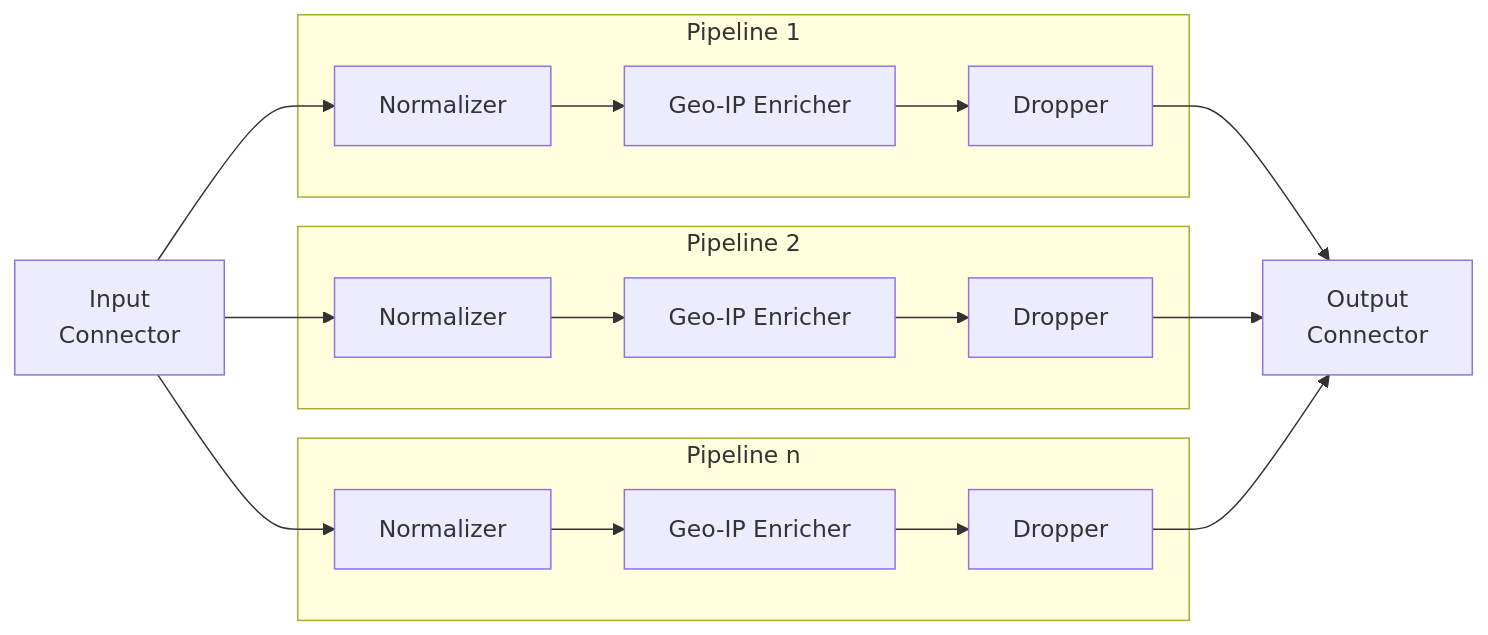
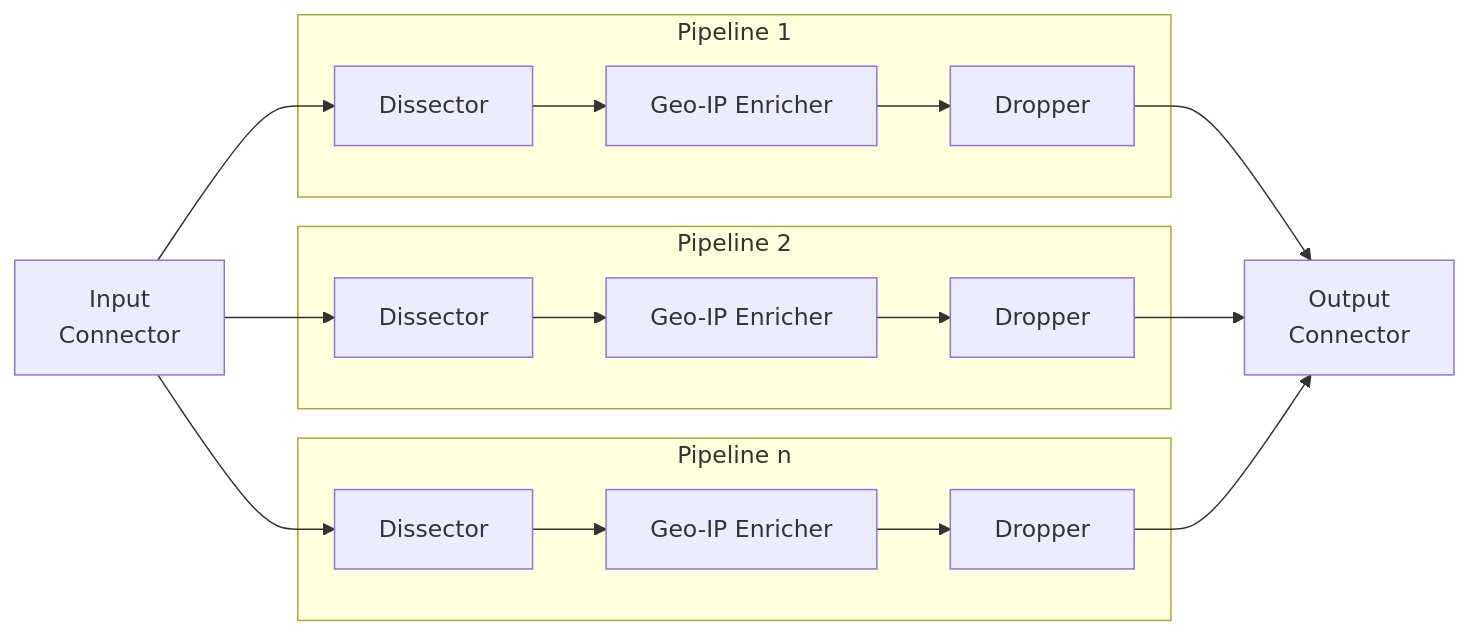
The diagram in doc/source/user_manual/introduction.rst (fkie-cad/Logprep), drawn with Mermaid before and after one commit. The commit also changed other lines of this file and 64 other files, not shown here.

```diff
--- a/doc/source/user_manual/introduction.rst
+++ b/doc/source/user_manual/introduction.rst
@@ -39,21 +39,21 @@
 .. mermaid::
 
    flowchart LR
    A[Input\nConnector] --> B
    A[Input\nConnector] --> C
    A[Input\nConnector] --> D
    subgraph Pipeline 1
-   B[Normalizer] --> E[Geo-IP Enricher]
+   B[Dissector] --> E[Geo-IP Enricher]
    E --> F[Dropper] 
    end
    subgraph Pipeline 2
-   C[Normalizer] --> G[Geo-IP Enricher]
+   C[Dissector] --> G[Geo-IP Enricher]
    G --> H[Dropper] 
    end
    subgraph Pipeline n
-   D[Normalizer] --> I[Geo-IP Enricher]
+   D[Dissector] --> I[Geo-IP Enricher]
    I --> J[Dropper] 
    end
    F --> K[Output\nConnector]
    H --> K[Output\nConnector]
    J --> K[Output\nConnector]
```
